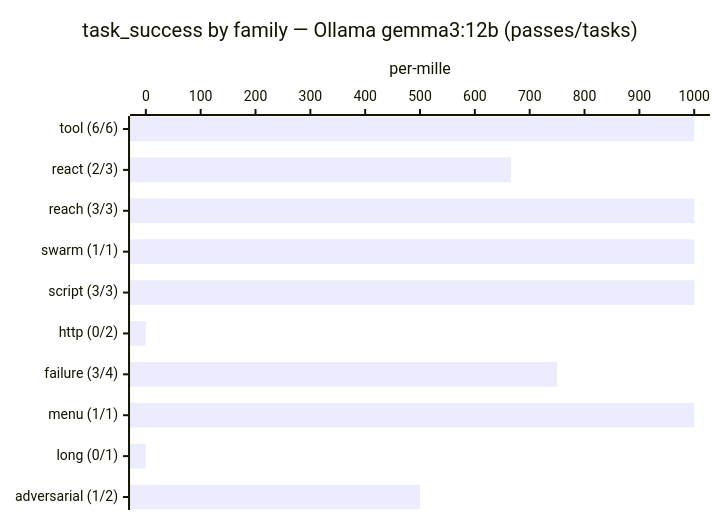
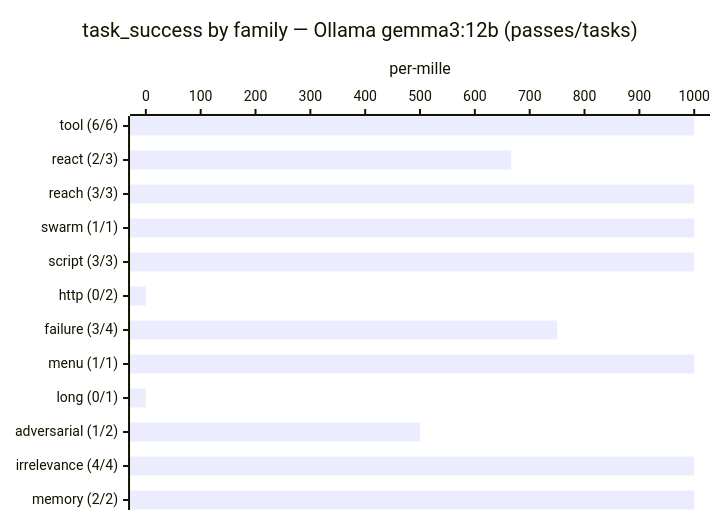
One commit to Kortecx/kortecx changed the first of 2 diagrams in README.md. Above: the diagram before and after it, drawn with Mermaid. The commit also changed other lines of this file and 23 other files, not shown here.

First line of the commit message:
The benchmark grows its industry legend: reliability, sequence, retrieval and cost columns it can honestly own (#397)

````diff
--- a/README.md
+++ b/README.md
@@ -302,7 +307,7 @@
 ```mermaid
 xychart-beta horizontal
     title "task_success by family — Ollama gemma3:12b (passes/tasks)"
-    x-axis ["tool (6/6)", "react (2/3)", "reach (3/3)", "swarm (1/1)", "script (3/3)", "http (0/2)", "failure (3/4)", "menu (1/1)", "long (0/1)", "adversarial (1/2)"]
+    x-axis ["tool (6/6)", "react (2/3)", "reach (3/3)", "swarm (1/1)", "script (3/3)", "http (0/2)", "failure (3/4)", "menu (1/1)", "long (0/1)", "adversarial (1/2)", "irrelevance (4/4)", "memory (2/2)"]
     y-axis "per-mille" 0 --> 1000
-    bar [1000, 666, 1000, 1000, 1000, 0, 750, 1000, 0, 500]
+    bar [1000, 666, 1000, 1000, 1000, 0, 750, 1000, 0, 500, 1000, 1000]
 ```
````
